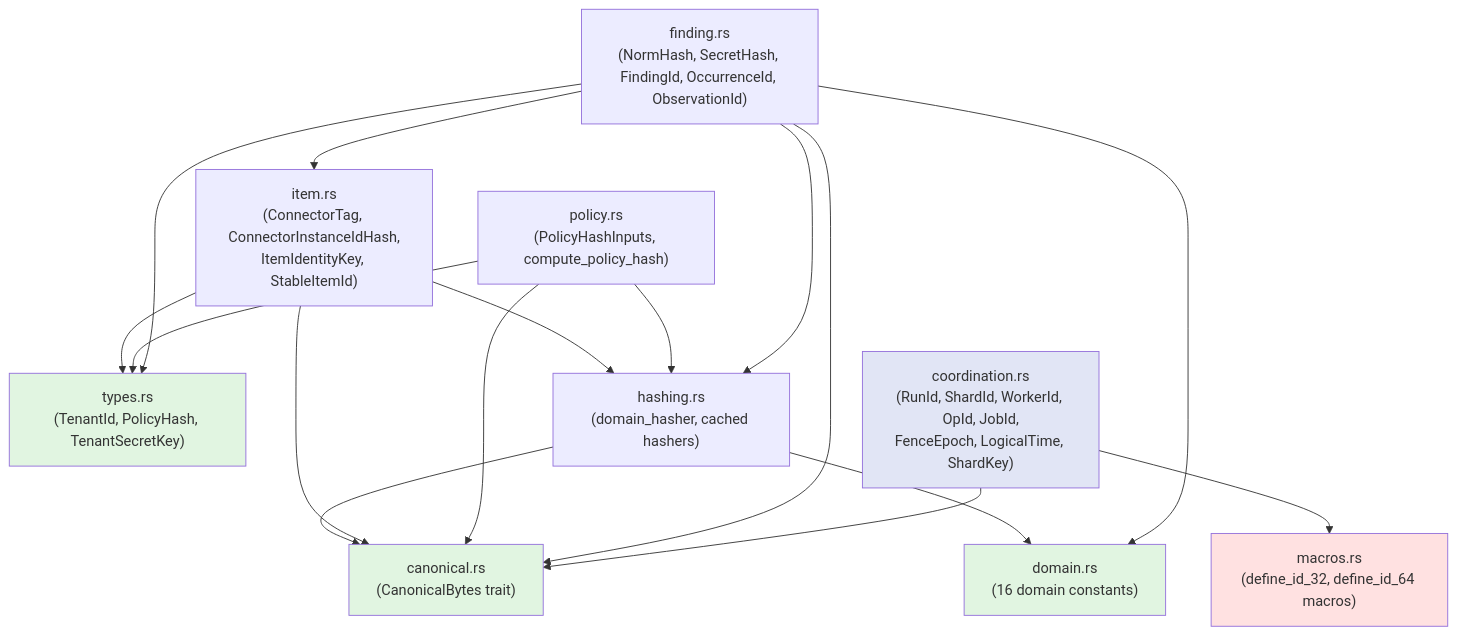
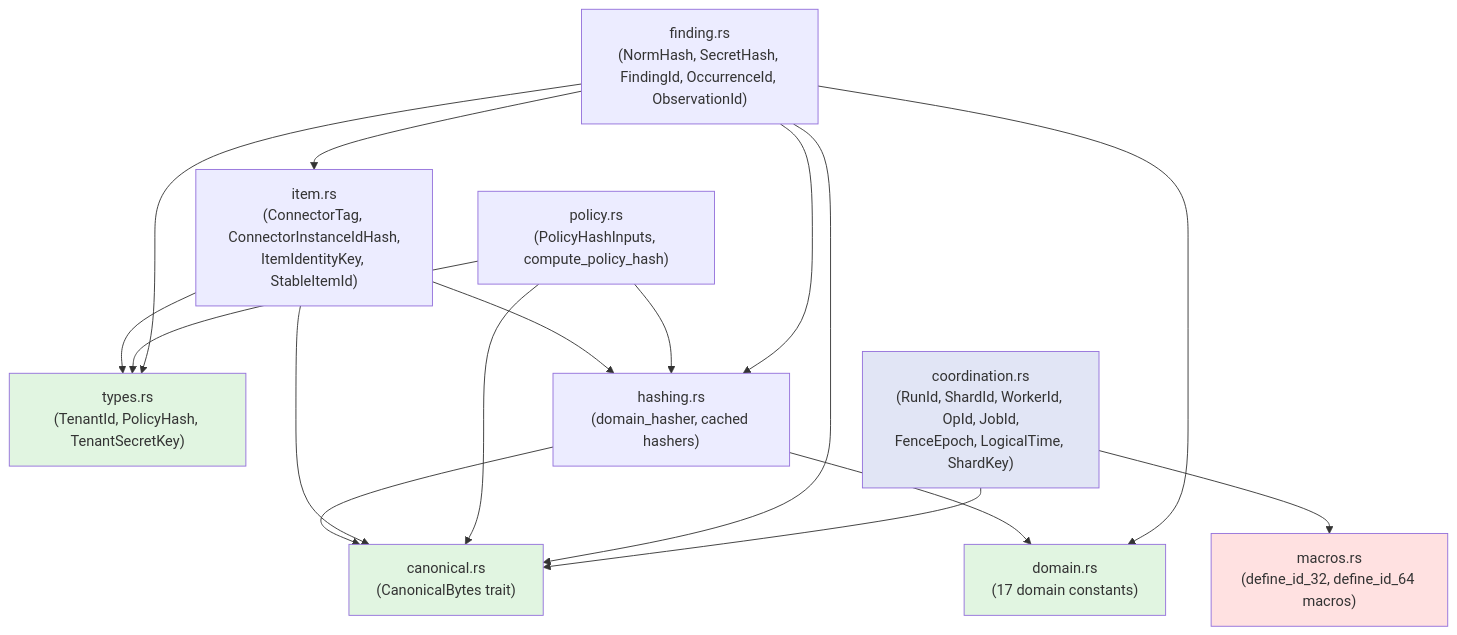
One commit to ahrav/gossip-rs-learning-guide changed the first of 2 diagrams in 02-boundary-1-identity-spine/01-identity-problem-space.md. Above: the diagram before and after it, drawn with Mermaid. The commit also changed other lines of this file and 9 other files, not shown here.

````diff
--- a/02-boundary-1-identity-spine/01-identity-problem-space.md
+++ b/02-boundary-1-identity-spine/01-identity-problem-space.md
@@ -51,34 +51,34 @@
 ```mermaid
 graph TD
     types["types.rs<br/>(TenantId, PolicyHash, TenantSecretKey)"]
     canonical["canonical.rs<br/>(CanonicalBytes trait)"]
-    domain["domain.rs<br/>(16 domain constants)"]
+    domain["domain.rs<br/>(17 domain constants)"]
     hashing["hashing.rs<br/>(domain_hasher, cached hashers)"]
     item["item.rs<br/>(ConnectorTag, ConnectorInstanceIdHash,<br/>ItemIdentityKey, StableItemId)"]
     policy["policy.rs<br/>(PolicyHashInputs, compute_policy_hash)"]
     finding["finding.rs<br/>(NormHash, SecretHash, FindingId, OccurrenceId, ObservationId)"]
     macros["macros.rs<br/>(define_id_32, define_id_64 macros)"]
     coordination["coordination.rs<br/>(RunId, ShardId, WorkerId, OpId, JobId,<br/>FenceEpoch, LogicalTime, ShardKey)"]
 
     hashing --> domain
     hashing --> canonical
     item --> types
     item --> canonical
     item --> hashing
     policy --> types
     policy --> canonical
     policy --> hashing
     finding --> types
     finding --> canonical
     finding --> hashing
     finding --> domain
     finding --> item
     coordination --> macros
     coordination --> canonical
 
     style types fill:#e1f5e1
     style canonical fill:#e1f5e1
     style domain fill:#e1f5e1
     style macros fill:#ffe1e1
     style coordination fill:#e1e5f5
 ```
````
